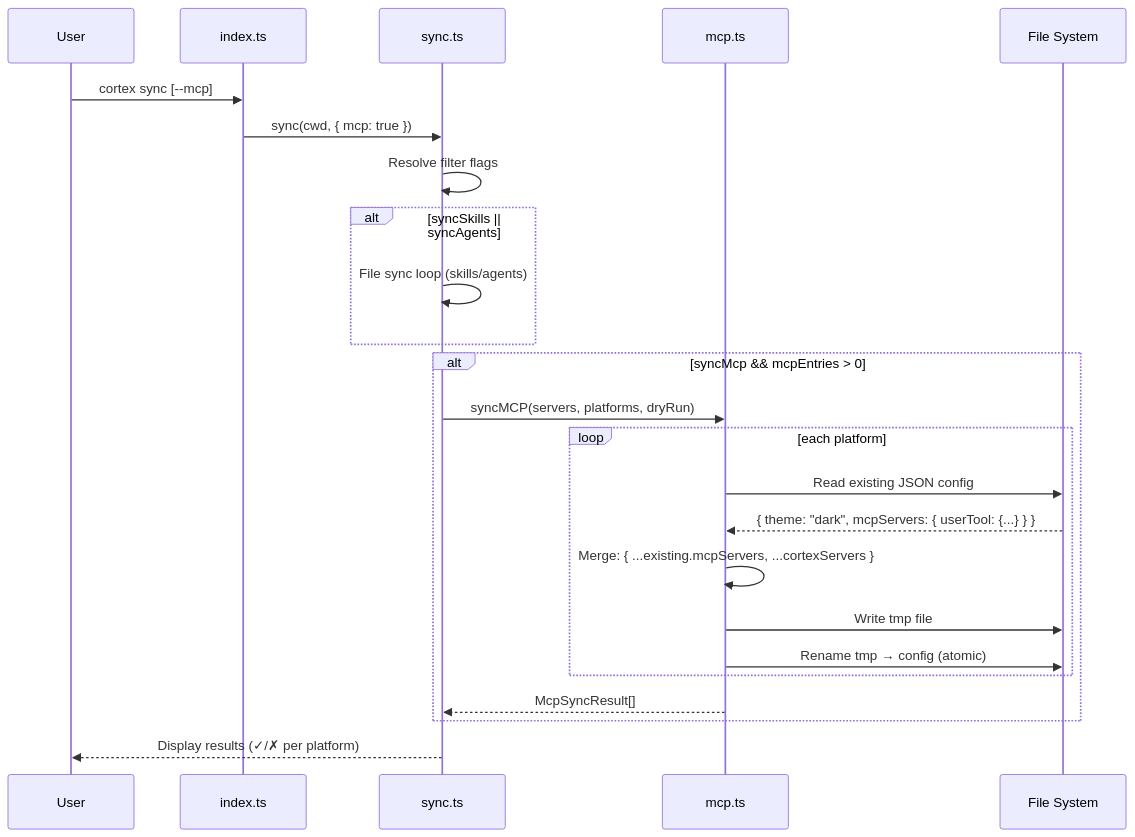
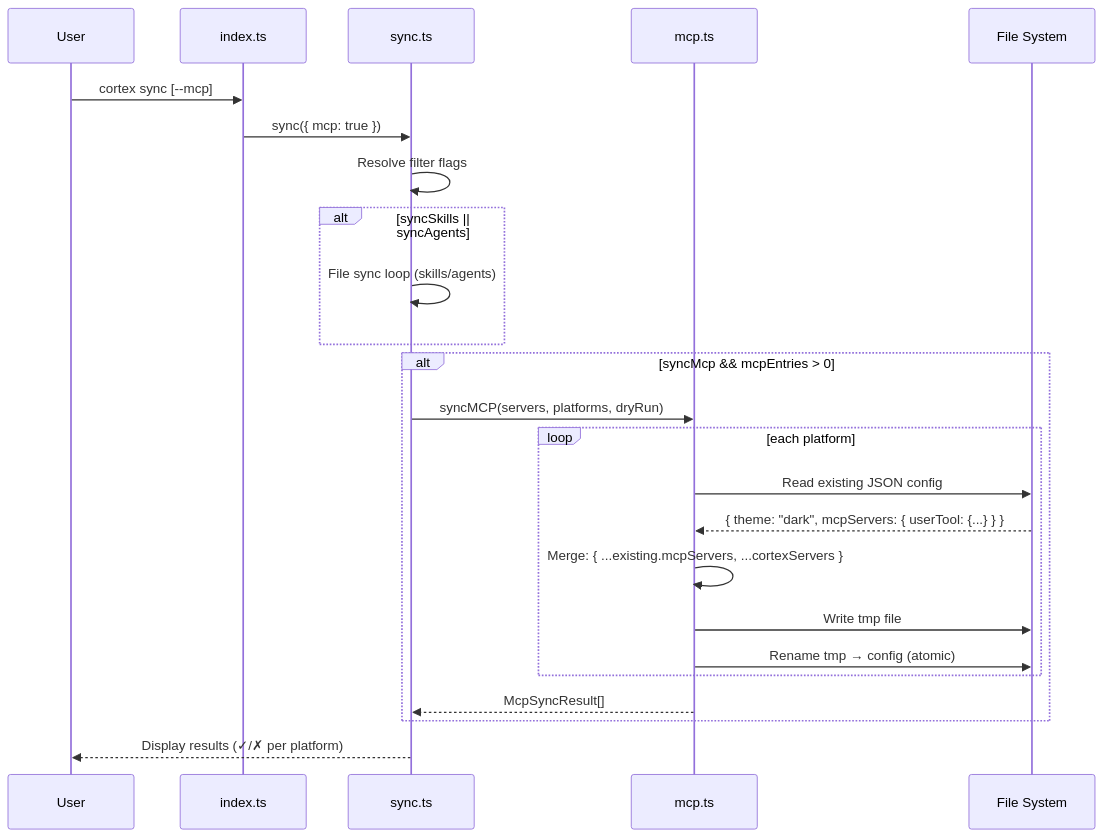
The third of 4 diagrams in docs/mcp-sync-design.md (IgnacioCastro0713/cortex), drawn with Mermaid before and after one commit. The commit also changed other lines of this file and 18 other files, not shown here.

````diff
--- a/docs/mcp-sync-design.md
+++ b/docs/mcp-sync-design.md
@@ -240,30 +237,30 @@
 ```mermaid
 sequenceDiagram
     participant User
     participant CLI as index.ts
     participant Sync as sync.ts
     participant MCP as mcp.ts
     participant FS as File System
 
     User->>CLI: cortex sync [--mcp]
-    CLI->>Sync: sync(cwd, { mcp: true })
+    CLI->>Sync: sync({ mcp: true })
     Sync->>Sync: Resolve filter flags
 
     alt syncSkills || syncAgents
         Sync->>Sync: File sync loop (skills/agents)
     end
 
     alt syncMcp && mcpEntries > 0
         Sync->>MCP: syncMCP(servers, platforms, dryRun)
         loop each platform
             MCP->>FS: Read existing JSON config
             FS-->>MCP: { theme: "dark", mcpServers: { userTool: {...} } }
             MCP->>MCP: Merge: { ...existing.mcpServers, ...cortexServers }
             MCP->>FS: Write tmp file
             MCP->>FS: Rename tmp → config (atomic)
         end
         MCP-->>Sync: McpSyncResult[]
     end
 
     Sync-->>User: Display results (✓/✗ per platform)
 ```
````
